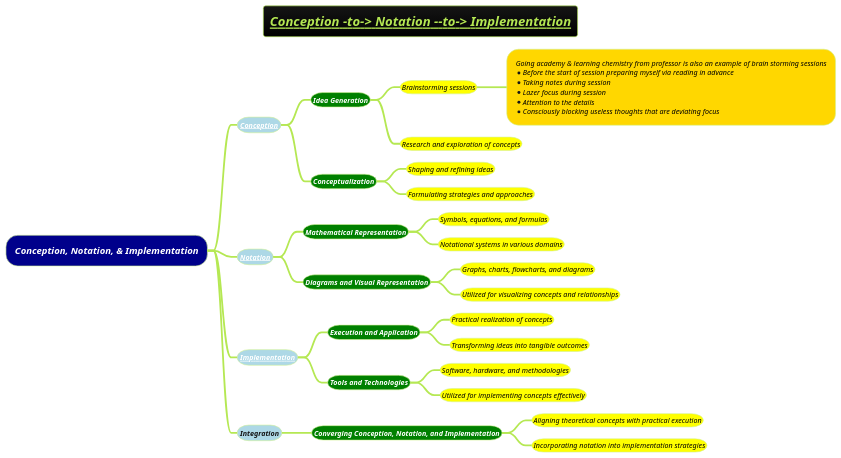
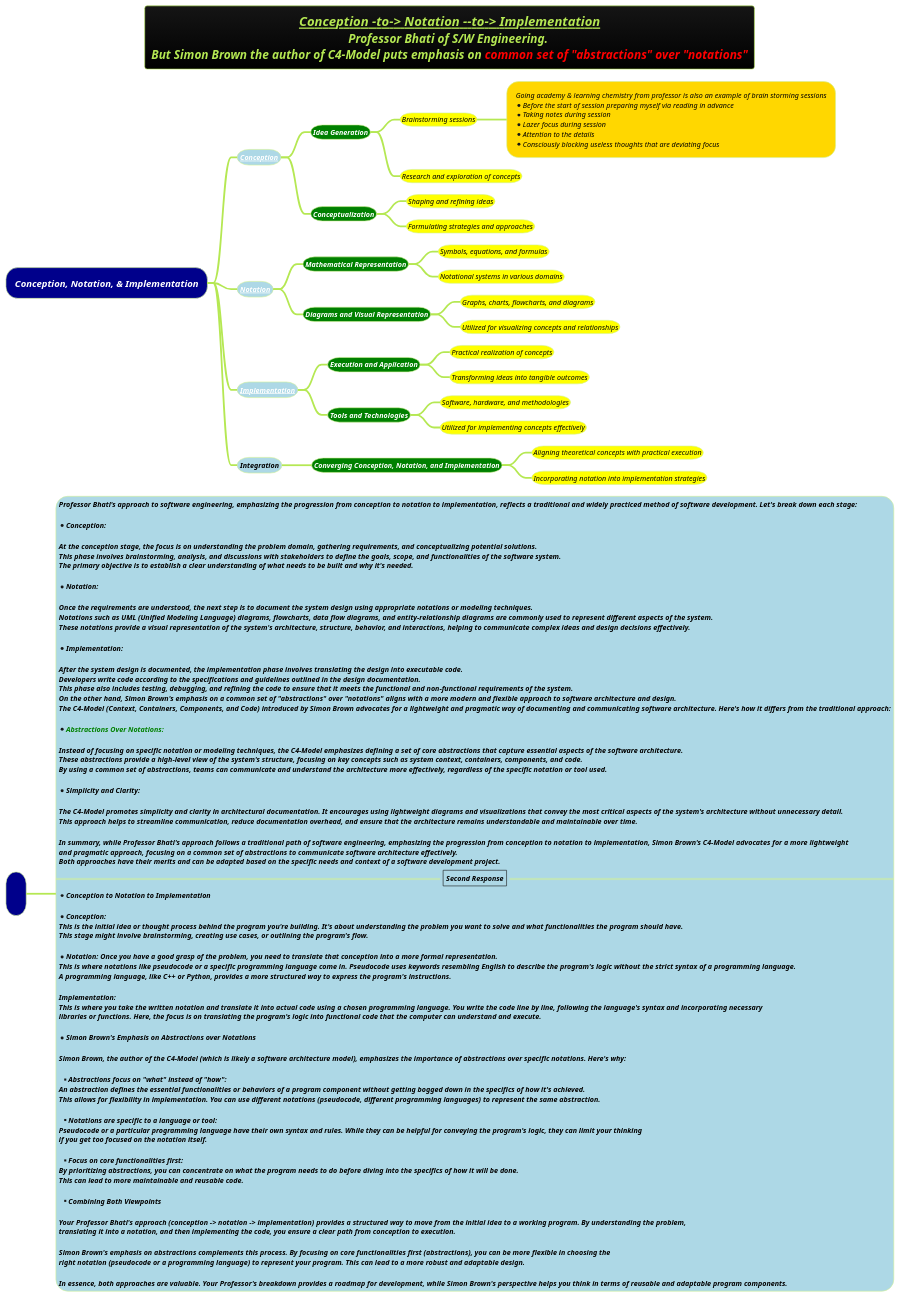
Before and after one commit to MehmoodHashmi/Documentation-as-Code-DaC: the diagram in docs/3-programming-languages/Venkat-Subramaniam/Conception-Notation-and-Implementation.puml, drawn with PlantUML. The commit also changed 1 other file, not shown here.

```diff
--- a/docs/3-programming-languages/Venkat-Subramaniam/Conception-Notation-and-Implementation.puml
+++ b/docs/3-programming-languages/Venkat-Subramaniam/Conception-Notation-and-Implementation.puml
@@ -1,38 +1,119 @@
 @startmindmap
-title =<i><b><u><size:18>Conception -to-> Notation --to-> Implementation
+title =<i><b><u><size:18>Conception -to-> Notation --to-> Implementation \n<i>Professor Bhati of S/W Engineering. \n<i>But Simon Brown the author of C4-Model puts emphasis on <color #red>common set of "abstractions" over "notations"
 !theme hacker
 
 *[#darkblue] <i><color:#white>Conception, Notation, & Implementation
-**[#lightblue] <i><color #blac><size:12>[[docs/3-programming-languages/Venkat-Subramaniam/Conception.puml Conception]]
+**[#lightblue] <i><color #black><size:12>[[docs/3-programming-languages/Venkat-Subramaniam/Conception.puml Conception]]
+
 ***[#green] <b><i><color #white><size:12>Idea Generation
 ****[#yellow] <i><color #black><size:12>Brainstorming sessions
 *****[#gold]:<i><color #black><size:12>Going academy & learning chemistry from professor is also an example of brain storming sessions
 *<i><color #black><size:12>Before the start of session preparing myself via reading in advance
 *<i><color #black><size:12>Taking notes during session
 *<i><color #black><size:12>Lazer focus during session
 *<i><color #black><size:12>Attention to the details
 *<i><color #black><size:12>Consciously blocking useless thoughts that are deviating focus;
 
 ****[#yellow] <i><color #black><size:12>Research and exploration of concepts
 ***[#green] <b><i><color #white><size:12>Conceptualization
 ****[#yellow] <i><color #black><size:12>Shaping and refining ideas
 ****[#yellow] <i><color #black><size:12>Formulating strategies and approaches
-**[#lightblue] <i><color #blac><size:12>[[docs/3-programming-languages/Venkat-Subramaniam/Notation.puml Notation]]
+**[#lightblue] <i><color #black><size:12>[[docs/3-programming-languages/Venkat-Subramaniam/Notation.puml Notation]]
 ***[#green] <b><i><color #white><size:12>Mathematical Representation
 ****[#yellow] <i><color #black><size:12>Symbols, equations, and formulas
 ****[#yellow] <i><color #black><size:12>Notational systems in various domains
 ***[#green] <b><i><color #white><size:12>Diagrams and Visual Representation
 ****[#yellow] <i><color #black><size:12>Graphs, charts, flowcharts, and diagrams
 ****[#yellow] <i><color #black><size:12>Utilized for visualizing concepts and relationships
-**[#lightblue] <i><color #blac><size:12>[[docs/3-programming-languages/Venkat-Subramaniam/Implementation.puml Implementation]]
+**[#lightblue] <i><color #black><size:12>[[docs/3-programming-languages/Venkat-Subramaniam/Implementation.puml Implementation]]
 ***[#green] <b><i><color #white><size:12>Execution and Application
 ****[#yellow] <i><color #black><size:12>Practical realization of concepts
 ****[#yellow] <i><color #black><size:12>Transforming ideas into tangible outcomes
 ***[#green] <b><i><color #white><size:12>Tools and Technologies
 ****[#yellow] <i><color #black><size:12>Software, hardware, and methodologies
 ****[#yellow] <i><color #black><size:12>Utilized for implementing concepts effectively
-**[#lightblue] <i><color #blac><size:12>Integration
+**[#lightblue] <i><color #black><size:12>Integration
 ***[#green] <b><i><color #white><size:12>Converging Conception, Notation, and Implementation
 ****[#yellow] <i><color #black><size:12>Aligning theoretical concepts with practical execution
 ****[#yellow] <i><color #black><size:12>Incorporating notation into implementation strategies
+
+*[#darkblue]:<i><color:#white><size:12>
+;
+**[#lightblue]:<i><color #black><size:12>Professor Bhati's approach to software engineering, emphasizing the progression from conception to notation to implementation, reflects a traditional and widely practiced method of software development. Let's break down each stage:
+
+*<i><color #black><size:12>Conception:
+<i><color #black><size:12>
+<i><color #black><size:12>At the conception stage, the focus is on understanding the problem domain, gathering requirements, and conceptualizing potential solutions.
+<i><color #black><size:12>This phase involves brainstorming, analysis, and discussions with stakeholders to define the goals, scope, and functionalities of the software system.
+<i><color #black><size:12>The primary objective is to establish a clear understanding of what needs to be built and why it's needed.
+
+*<i><color #black><size:12>Notation:
+
+<i><color #black><size:12>Once the requirements are understood, the next step is to document the system design using appropriate notations or modeling techniques.
+<i><color #black><size:12>Notations such as UML (Unified Modeling Language) diagrams, flowcharts, data flow diagrams, and entity-relationship diagrams are commonly used to represent different aspects of the system.
+<i><color #black><size:12>These notations provide a visual representation of the system's architecture, structure, behavior, and interactions, helping to communicate complex ideas and design decisions effectively.
+
+*<i><color #black><size:12>Implementation:
+
+<i><color #black><size:12>After the system design is documented, the implementation phase involves translating the design into executable code.
+<i><color #black><size:12>Developers write code according to the specifications and guidelines outlined in the design documentation.
+<i><color #black><size:12>This phase also includes testing, debugging, and refining the code to ensure that it meets the functional and non-functional requirements of the system.
+<i><color #black><size:12>On the other hand, Simon Brown's emphasis on a common set of "abstractions" over "notations" aligns with a more modern and flexible approach to software architecture and design.
+<i><color #black><size:12>The C4-Model (Context, Containers, Components, and Code) introduced by Simon Brown advocates for a lightweight and pragmatic way of documenting and communicating software architecture. Here's how it differs from the traditional approach:
+
+*<i><color #green><size:12>Abstractions Over Notations:
+
+<i><color #black><size:12>Instead of focusing on specific notation or modeling techniques, the C4-Model emphasizes defining a set of core abstractions that capture essential aspects of the software architecture.
+<i><color #black><size:12>These abstractions provide a high-level view of the system's structure, focusing on key concepts such as system context, containers, components, and code.
+<i><color #black><size:12>By using a common set of abstractions, teams can communicate and understand the architecture more effectively, regardless of the specific notation or tool used.
+
+*<i><color #black><size:12>Simplicity and Clarity:
+
+<i><color #black><size:12>The C4-Model promotes simplicity and clarity in architectural documentation. It encourages using lightweight diagrams and visualizations that convey the most critical aspects of the system's architecture without unnecessary detail.
+<i><color #black><size:12>This approach helps to streamline communication, reduce documentation overhead, and ensure that the architecture remains understandable and maintainable over time.
+
+<i><color #black><size:12>In summary, while Professor Bhati's approach follows a traditional path of software engineering, emphasizing the progression from conception to notation to implementation, Simon Brown's C4-Model advocates for a more lightweight
+<i><color #black><size:12>and pragmatic approach, focusing on a common set of abstractions to communicate software architecture effectively.
+<i><color #black><size:12>Both approaches have their merits and can be adapted based on the specific needs and context of a software development project.
+==|<i><color #black><size:12>Second Response|==
+*<i><color #black><size:12>Conception to Notation to Implementation
+
+* <i><color #black><size:12>Conception:
+<i><color #black><size:12>This is the initial idea or thought process behind the program you're building. It's about understanding the problem you want to solve and what functionalities the program should have.
+<i><color #black><size:12>This stage might involve brainstorming, creating use cases, or outlining the program's flow.
+
+*<i><color #black><size:12>Notation: Once you have a good grasp of the problem, you need to translate that conception into a more formal representation.
+<i><color #black><size:12>This is where notations like pseudocode or a specific programming language come in. Pseudocode uses keywords resembling English to describe the program's logic without the strict syntax of a programming language.
+<i><color #black><size:12>A programming language, like C++ or Python, provides a more structured way to express the program's instructions.
+
+<i><color #black><size:12>Implementation:
+<i><color #black><size:12>This is where you take the written notation and translate it into actual code using a chosen programming language. You write the code line by line, following the language's syntax and incorporating necessary
+<i><color #black><size:12>libraries or functions. Here, the focus is on translating the program's logic into functional code that the computer can understand and execute.
+
+*<i><color #black><size:12>Simon Brown's Emphasis on Abstractions over Notations
+
+<i><color #black><size:12>Simon Brown, the author of the C4-Model (which is likely a software architecture model), emphasizes the importance of abstractions over specific notations. Here's why:
+
+**<i><color #black><size:12>Abstractions focus on "what" instead of "how":
+<i><color #black><size:12>An abstraction defines the essential functionalities or behaviors of a program component without getting bogged down in the specifics of how it's achieved.
+<i><color #black><size:12>This allows for flexibility in implementation. You can use different notations (pseudocode, different programming languages) to represent the same abstraction.
+
+**<i><color #black><size:12>Notations are specific to a language or tool:
+<i><color #black><size:12>Pseudocode or a particular programming language have their own syntax and rules. While they can be helpful for conveying the program's logic, they can limit your thinking
+<i><color #black><size:12>if you get too focused on the notation itself.
+
+**<i><color #black><size:12>Focus on core functionalities first:
+<i><color #black><size:12>By prioritizing abstractions, you can concentrate on what the program needs to do before diving into the specifics of how it will be done.
+<i><color #black><size:12>This can lead to more maintainable and reusable code.
+
+**<i><color #black><size:12>Combining Both Viewpoints
+
+<i><color #black><size:12>Your Professor Bhati's approach (conception -> notation -> implementation) provides a structured way to move from the initial idea to a working program. By understanding the problem,
+<i><color #black><size:12>translating it into a notation, and then implementing the code, you ensure a clear path from conception to execution.
+
+<i><color #black><size:12>Simon Brown's emphasis on abstractions complements this process. By focusing on core functionalities first (abstractions), you can be more flexible in choosing the
+<i><color #black><size:12>right notation (pseudocode or a programming language) to represent your program. This can lead to a more robust and adaptable design.
+
+<i><color #black><size:12>In essence, both approaches are valuable. Your Professor's breakdown provides a roadmap for development, while Simon Brown's perspective helps you think in terms of reusable and adaptable program components.;
+
 @endmindmap
```
